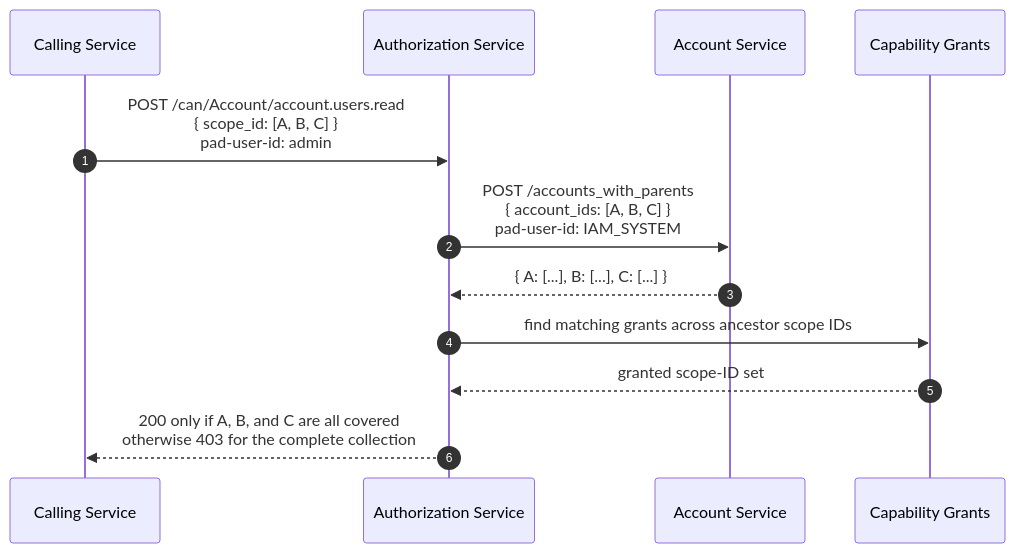
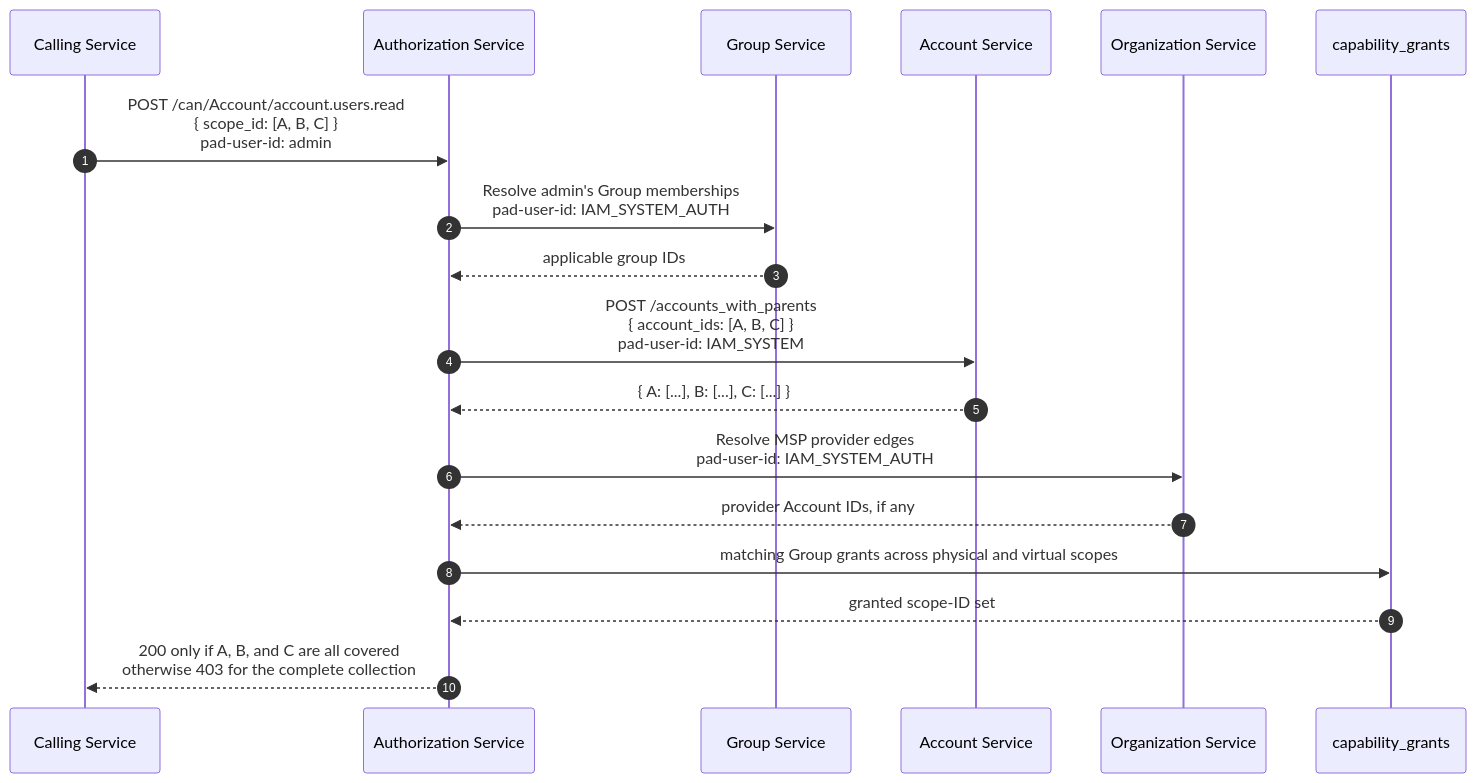
The fourth of 4 diagrams in docs/articles/series/IAM-System-Demo/graphql-auth-explosion-part-3-multiple-object-authorization.md (meleneth/whirred-io), drawn with Mermaid before and after one commit. The commit also changed other lines of this file and 16 other files, not shown here.

Commit message:
Align IAM articles with group-based authorization

````diff
--- a/docs/articles/series/IAM-System-Demo/graphql-auth-explosion-part-3-multiple-object-authorization.md
+++ b/docs/articles/series/IAM-System-Demo/graphql-auth-explosion-part-3-multiple-object-authorization.md
@@ -92,15 +90,21 @@
 ```mermaid
 sequenceDiagram
   autonumber
   participant S as Calling Service
   participant AZ as Authorization Service
+  participant GS as Group Service
   participant AS as Account Service
-  participant G as Capability Grants
+  participant OS as Organization Service
+  participant DB as capability_grants
 
   S->>AZ: POST /can/Account/account.users.read<br/>{ scope_id: [A, B, C] }<br/>pad-user-id: admin
+  AZ->>GS: Resolve admin's Group memberships<br/>pad-user-id: IAM_SYSTEM_AUTH
+  GS-->>AZ: applicable group IDs
   AZ->>AS: POST /accounts_with_parents<br/>{ account_ids: [A, B, C] }<br/>pad-user-id: IAM_SYSTEM
   AS-->>AZ: { A: [...], B: [...], C: [...] }
-  AZ->>G: find matching grants across ancestor scope IDs
-  G-->>AZ: granted scope-ID set
+  AZ->>OS: Resolve MSP provider edges<br/>pad-user-id: IAM_SYSTEM_AUTH
+  OS-->>AZ: provider Account IDs, if any
+  AZ->>DB: matching Group grants across physical and virtual scopes
+  DB-->>AZ: granted scope-ID set
   AZ-->>S: 200 only if A, B, and C are all covered<br/>otherwise 403 for the complete collection
 ```
````
